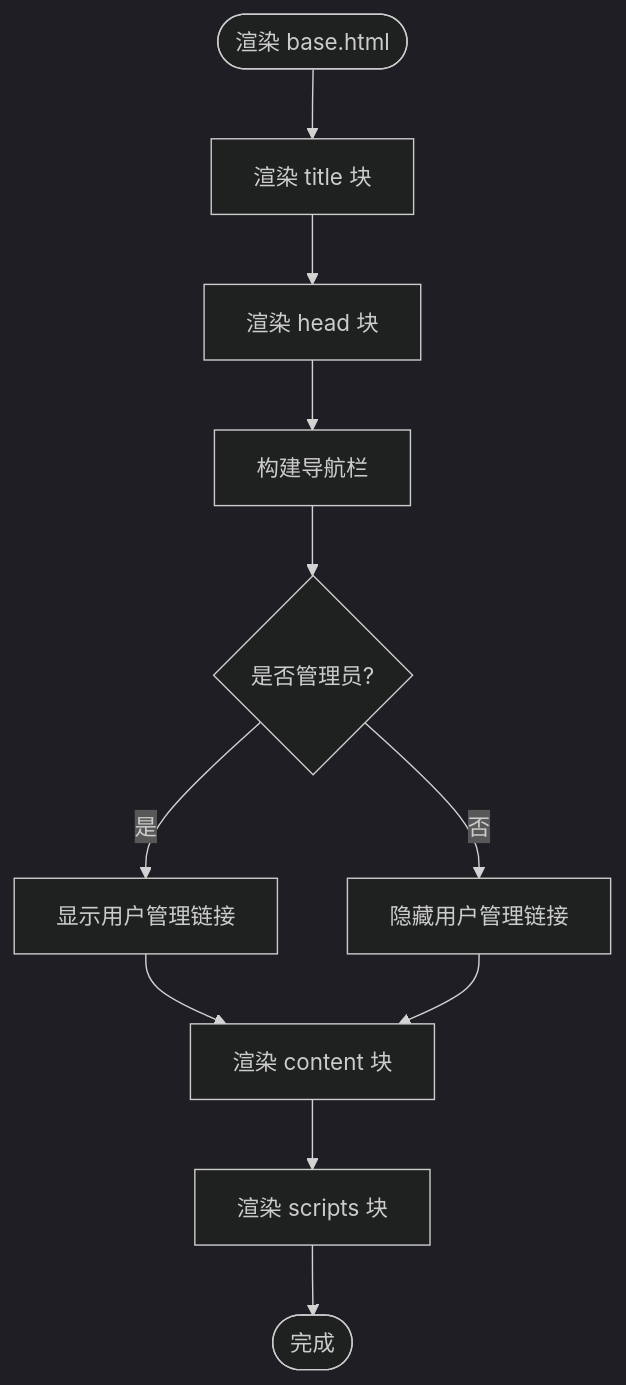
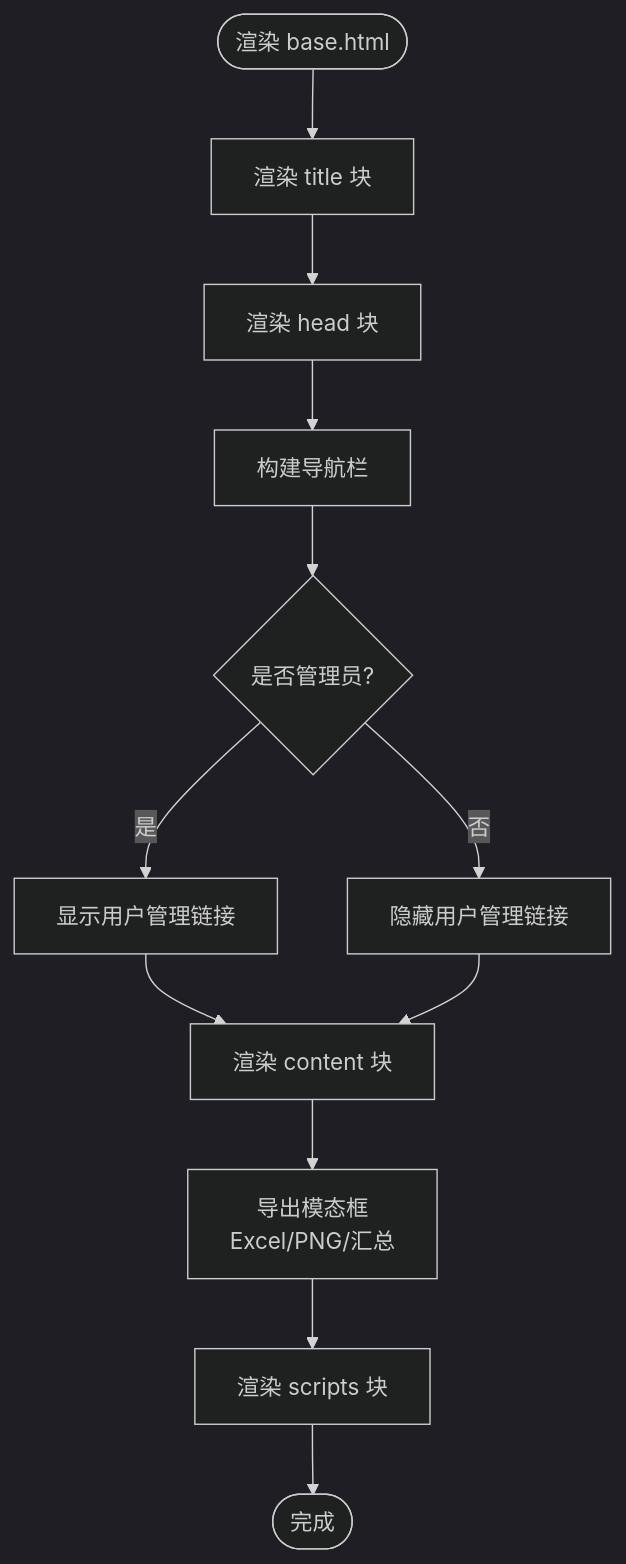
One commit to oreovan567-pixel/middle-platform-data-collector changed the third of 6 diagrams in .qoder/repowiki/zh/content/Web应用/前端界面/模板系统.md. Above: the diagram before and after it, drawn with Mermaid (dark theme). The commit also changed other lines of this file and 9 other files, not shown here.

````diff
--- a/.qoder/repowiki/zh/content/Web应用/前端界面/模板系统.md
+++ b/.qoder/repowiki/zh/content/Web应用/前端界面/模板系统.md
@@ -121,13 +157,14 @@
 ```mermaid
 flowchart TD
 Start(["渲染 base.html"]) --> TitleBlock["渲染 title 块"]
 TitleBlock --> HeadBlock["渲染 head 块"]
 HeadBlock --> Nav["构建导航栏"]
 Nav --> CheckAdmin{"是否管理员?"}
 CheckAdmin --> |是| ShowUsers["显示用户管理链接"]
 CheckAdmin --> |否| SkipUsers["隐藏用户管理链接"]
 ShowUsers --> ContentBlock["渲染 content 块"]
 SkipUsers --> ContentBlock
-ContentBlock --> ScriptsBlock["渲染 scripts 块"]
+ContentBlock --> ExportModal["导出模态框<br/>Excel/PNG/汇总"]
+ExportModal --> ScriptsBlock["渲染 scripts 块"]
 ScriptsBlock --> End(["完成"])
 ```
````
